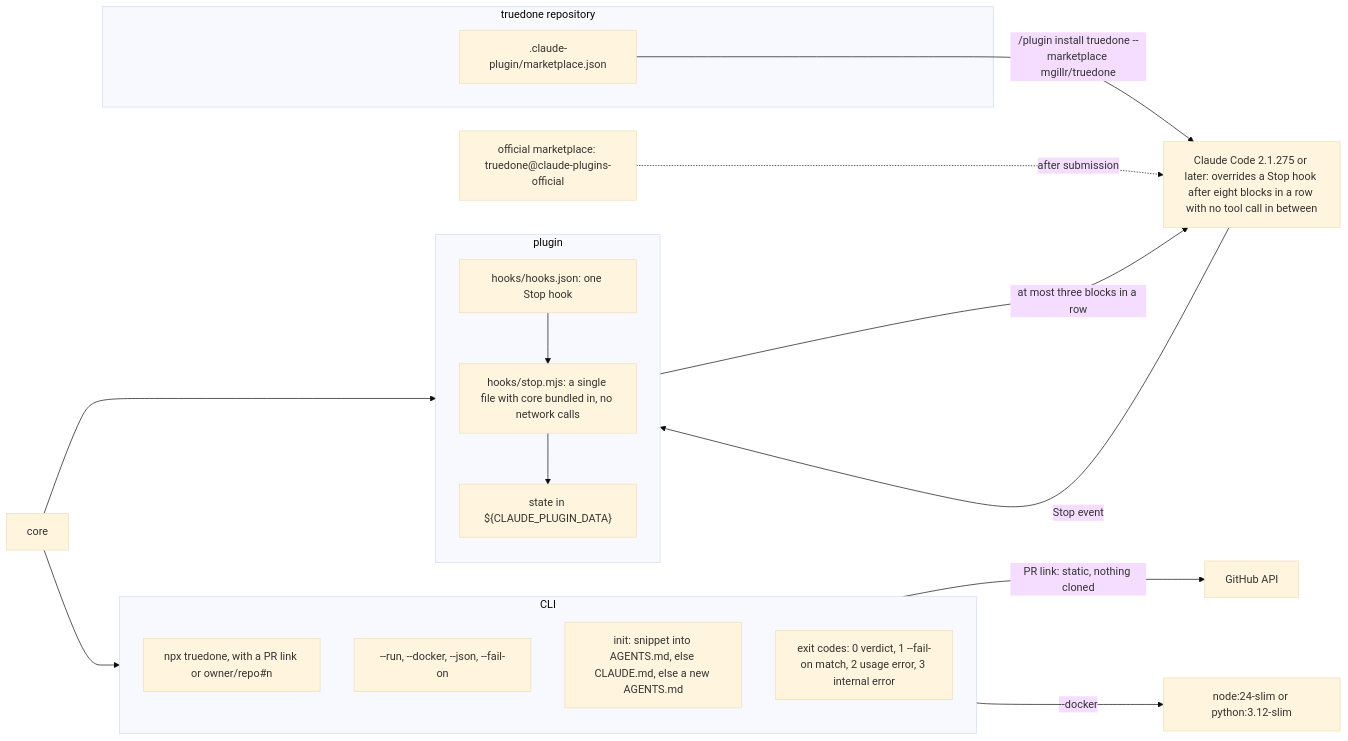
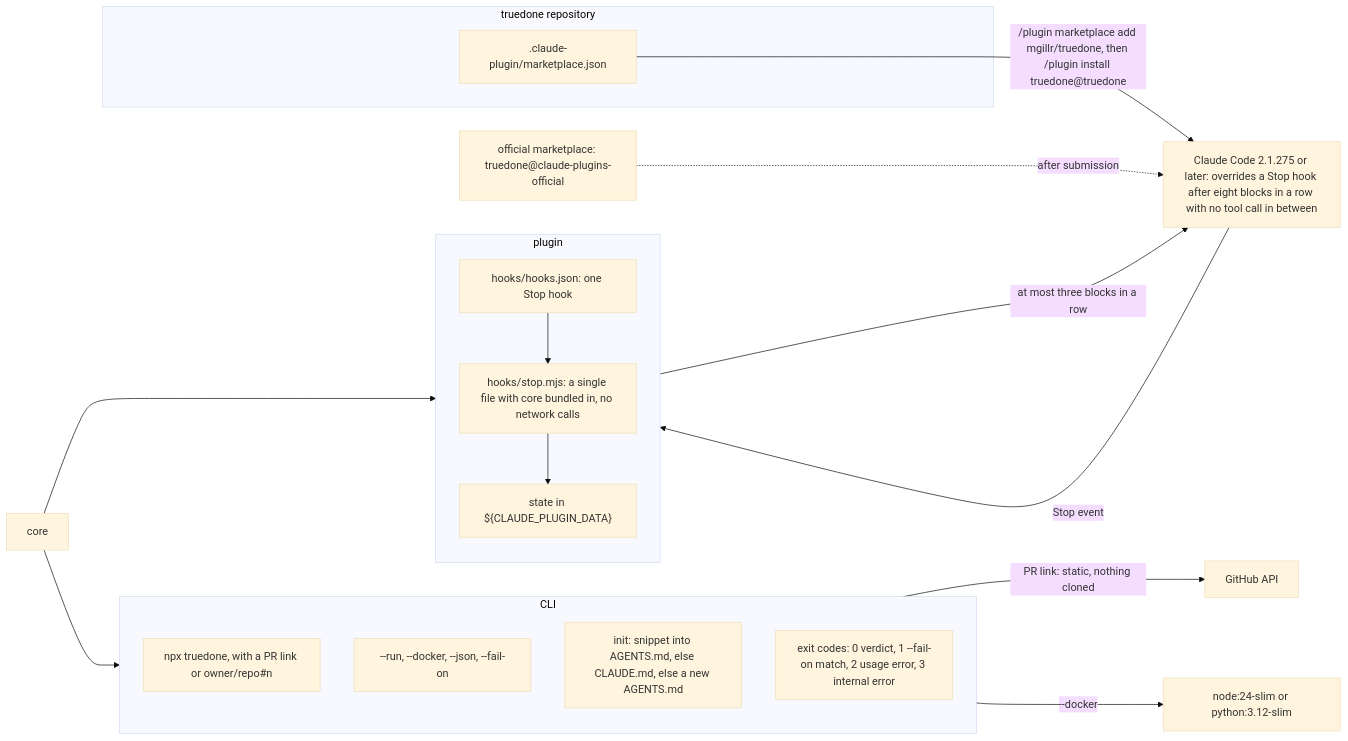
One commit to Truedone/truedone changed the second of 2 diagrams in docs/design/04-cli-and-plugin.md. Above: the diagram before and after it, drawn with Mermaid (base theme). The commit also changed other lines of this file and 10 other files, not shown here.

````diff
--- a/docs/design/04-cli-and-plugin.md
+++ b/docs/design/04-cli-and-plugin.md
@@ -55,34 +55,34 @@
 ```mermaid
 flowchart LR
   subgraph CLIP["CLI"]
     direction TB
     CMDS["npx truedone, with a PR link or owner/repo#n"]
     FLAGS["--run, --docker, --json, --fail-on"]
     INIT["init: snippet into AGENTS.md, else CLAUDE.md, else a new AGENTS.md"]
     EXIT["exit codes: 0 verdict, 1 --fail-on match, 2 usage error, 3 internal error"]
   end
   subgraph PLUG["plugin"]
     direction TB
     HJ["hooks/hooks.json: one Stop hook"]
     SM["hooks/stop.mjs: a single file with core bundled in, no network calls"]
     DATA["state in ${CLAUDE_PLUGIN_DATA}"]
     HJ --> SM
     SM --> DATA
   end
   subgraph REPO["truedone repository"]
     MK[".claude-plugin/marketplace.json"]
   end
   CORE["core"]
   CC["Claude Code 2.1.275 or later: overrides a Stop hook after eight blocks in a row with no tool call in between"]
   OFF["official marketplace: truedone@claude-plugins-official"]
   GH["GitHub API"]
   IMGS["node:24-slim or python:3.12-slim"]
   CORE --> CLIP
   CORE --> SM
-  MK -->|"/plugin install truedone --marketplace mgillr/truedone"| CC
+  MK -->|"/plugin marketplace add mgillr/truedone, then /plugin install truedone@truedone"| CC
   OFF -.->|after submission| CC
   CC -->|Stop event| HJ
   SM -->|at most three blocks in a row| CC
   CMDS -->|"PR link: static, nothing cloned"| GH
   FLAGS -->|"--docker"| IMGS
 ```
````
